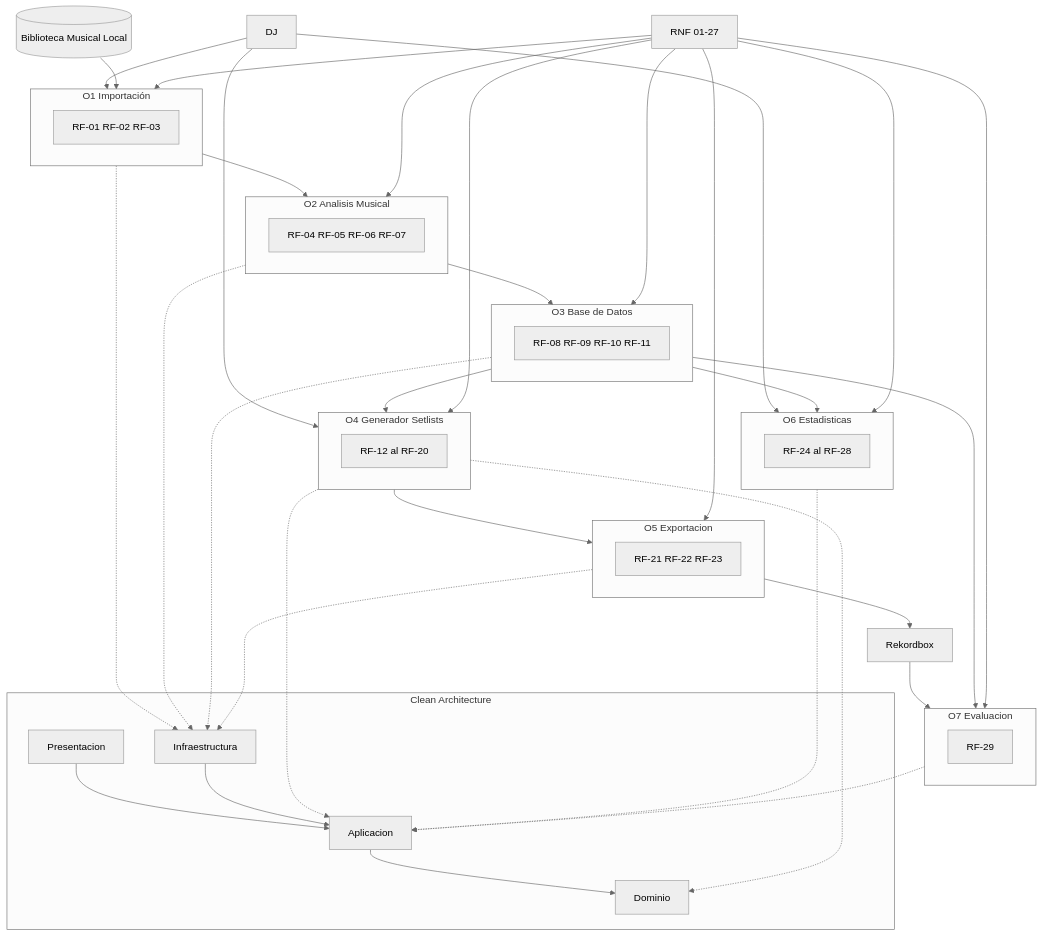
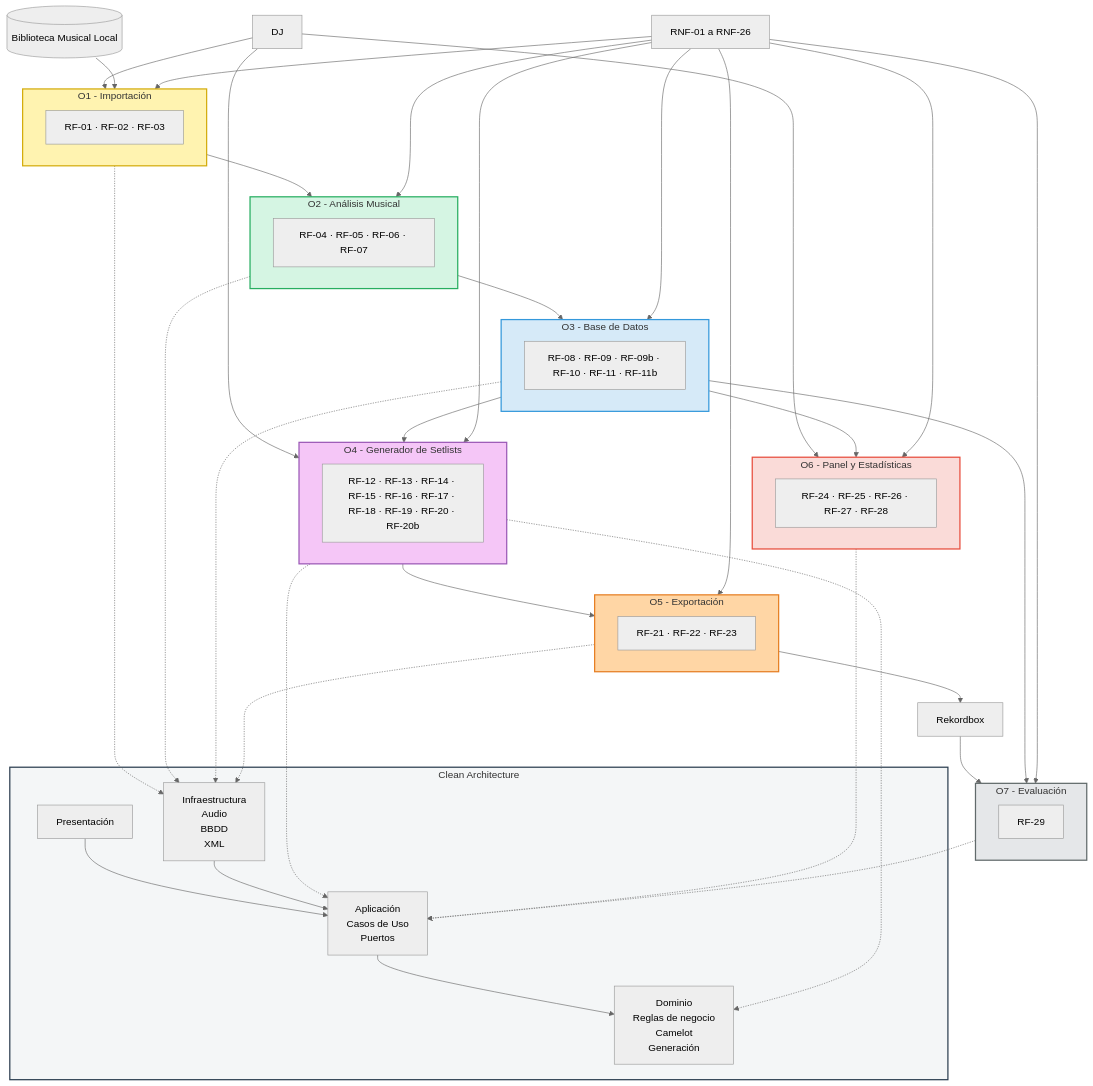
One commit to pabloo806/Trabajo-de-Fin-de-Grado changed the fourth of 4 diagrams in docs/requirements/requirements.md. Above: the diagram before and after it, drawn with Mermaid (neutral theme). The commit also changed other lines of this file, not shown here.

````diff
--- a/docs/requirements/requirements.md
+++ b/docs/requirements/requirements.md
@@ -402,32 +426,32 @@
     FS[(Biblioteca Musical Local)]
     RB[Rekordbox]
 
-    subgraph O1[O1 Importación]
-        RF1[RF-01 RF-02 RF-03]
+    subgraph O1["O1 - Importación"]
+        RF1["RF-01 · RF-02 · RF-03"]
     end
 
-    subgraph O2[O2 Analisis Musical]
-        RF2[RF-04 RF-05 RF-06 RF-07]
+    subgraph O2["O2 - Análisis Musical"]
+        RF2["RF-04 · RF-05 · RF-06 · RF-07"]
     end
 
-    subgraph O3[O3 Base de Datos]
-        RF3[RF-08 RF-09 RF-10 RF-11]
+    subgraph O3["O3 - Base de Datos"]
+        RF3["RF-08 · RF-09 · RF-09b · RF-10 · RF-11 · RF-11b"]
     end
 
-    subgraph O4[O4 Generador Setlists]
-        RF4[RF-12 al RF-20]
+    subgraph O4["O4 - Generador de Setlists"]
+        RF4["RF-12 · RF-13 · RF-14 · RF-15 · RF-16 · RF-17 · RF-18 · RF-19 · RF-20 · RF-20b"]
     end
 
-    subgraph O5[O5 Exportacion]
-        RF5[RF-21 RF-22 RF-23]
+    subgraph O5["O5 - Exportación"]
+        RF5["RF-21 · RF-22 · RF-23"]
     end
 
-    subgraph O6[O6 Estadisticas]
-        RF6[RF-24 al RF-28]
+    subgraph O6["O6 - Panel y Estadísticas"]
+        RF6["RF-24 · RF-25 · RF-26 · RF-27 · RF-28"]
     end
 
-    subgraph O7[O7 Evaluacion]
-        RF7[RF-29]
+    subgraph O7["O7 - Evaluación"]
+        RF7["RF-29"]
     end
 
     DJ --> O1
@@ -448,28 +472,44 @@
     RB --> O7
     O3 --> O7
 
-    subgraph CA[Clean Architecture]
+    subgraph CA["Clean Architecture"]
 
-        D[Dominio]
-        A[Aplicacion]
-        I[Infraestructura]
-        P[Presentacion]
+        P["Presentación"]
+
+        A["Aplicación
+        Casos de Uso
+        Puertos"]
+
+        D["Dominio
+        Reglas de negocio
+        Camelot
+        Generación"]
+
+        I["Infraestructura
+        Audio
+        BBDD
+        XML"]
 
         P --> A
         A --> D
         I --> A
+
     end
 
     O1 -.-> I
     O2 -.-> I
     O3 -.-> I
+
     O4 -.-> D
     O4 -.-> A
+
     O5 -.-> I
+
     O6 -.-> A
+
     O7 -.-> A
 
-    RNF[RNF 01-27]
+    RNF["RNF-01 a RNF-26"]
 
     RNF --> O1
     RNF --> O2
@@ -478,4 +518,14 @@
     RNF --> O5
     RNF --> O6
     RNF --> O7
+
+    style O1 fill:#FFF3B0,stroke:#D4AC0D,stroke-width:2px
+    style O2 fill:#D5F5E3,stroke:#27AE60,stroke-width:2px
+    style O3 fill:#D6EAF8,stroke:#3498DB,stroke-width:2px
+    style O4 fill:#F5C6F7,stroke:#9B59B6,stroke-width:2px
+    style O5 fill:#FFD6A5,stroke:#E67E22,stroke-width:2px
+    style O6 fill:#FADBD8,stroke:#E74C3C,stroke-width:2px
+    style O7 fill:#E5E7E9,stroke:#616A6B,stroke-width:2px
+
+    style CA fill:#F4F6F7,stroke:#2C3E50,stroke-width:2px
 ```
````
